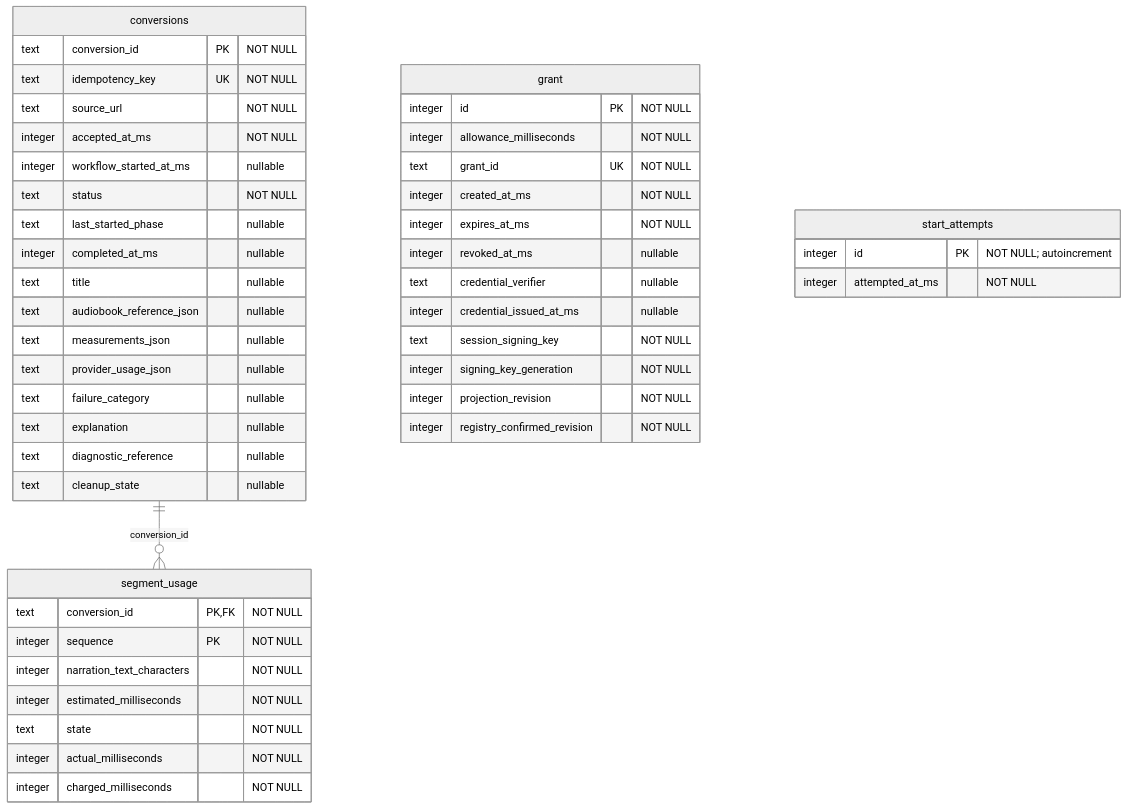
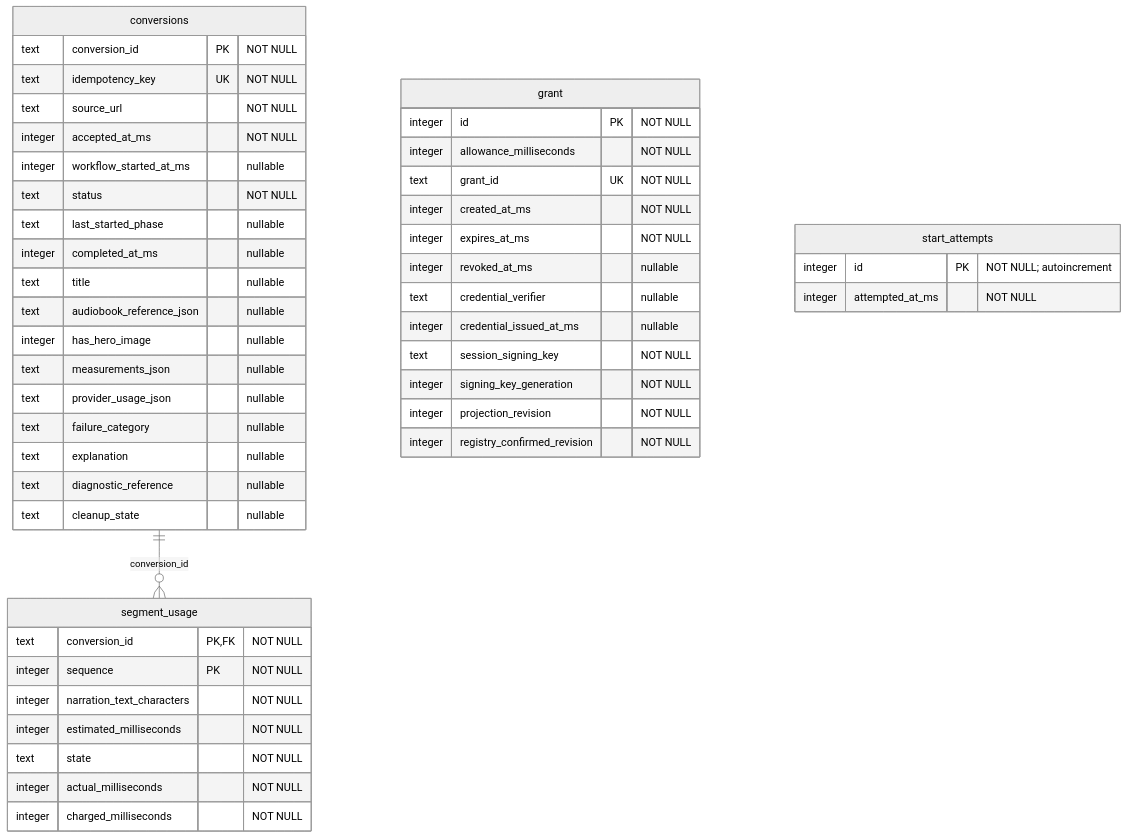
Before and after one commit to patricktree/cup: the second of 4 diagrams in docs/architecture/durable-object-storage.md, drawn with Mermaid (neutral theme). The commit also changed 41 other files, not shown here.

First line of the commit message:
feat(conversion)!: keep the hero image a source page declares

````diff
--- a/docs/architecture/durable-object-storage.md
+++ b/docs/architecture/durable-object-storage.md
@@ -137,49 +137,50 @@
 ```mermaid
 erDiagram
     conversions {
         text conversion_id PK "NOT NULL"
         text idempotency_key UK "NOT NULL"
         text source_url "NOT NULL"
         integer accepted_at_ms "NOT NULL"
         integer workflow_started_at_ms "nullable"
         text status "NOT NULL"
         text last_started_phase "nullable"
         integer completed_at_ms "nullable"
         text title "nullable"
         text audiobook_reference_json "nullable"
+        integer has_hero_image "nullable"
         text measurements_json "nullable"
         text provider_usage_json "nullable"
         text failure_category "nullable"
         text explanation "nullable"
         text diagnostic_reference "nullable"
         text cleanup_state "nullable"
     }
     grant {
         integer id PK "NOT NULL"
         integer allowance_milliseconds "NOT NULL"
         text grant_id UK "NOT NULL"
         integer created_at_ms "NOT NULL"
         integer expires_at_ms "NOT NULL"
         integer revoked_at_ms "nullable"
         text credential_verifier "nullable"
         integer credential_issued_at_ms "nullable"
         text session_signing_key "NOT NULL"
         integer signing_key_generation "NOT NULL"
         integer projection_revision "NOT NULL"
         integer registry_confirmed_revision "NOT NULL"
     }
     segment_usage {
         text conversion_id PK, FK "NOT NULL"
         integer sequence PK "NOT NULL"
         integer narration_text_characters "NOT NULL"
         integer estimated_milliseconds "NOT NULL"
         text state "NOT NULL"
         integer actual_milliseconds "NOT NULL"
         integer charged_milliseconds "NOT NULL"
     }
     start_attempts {
         integer id PK "NOT NULL; autoincrement"
         integer attempted_at_ms "NOT NULL"
     }
     conversions ||--o{ segment_usage : "conversion_id"
 ```
````
